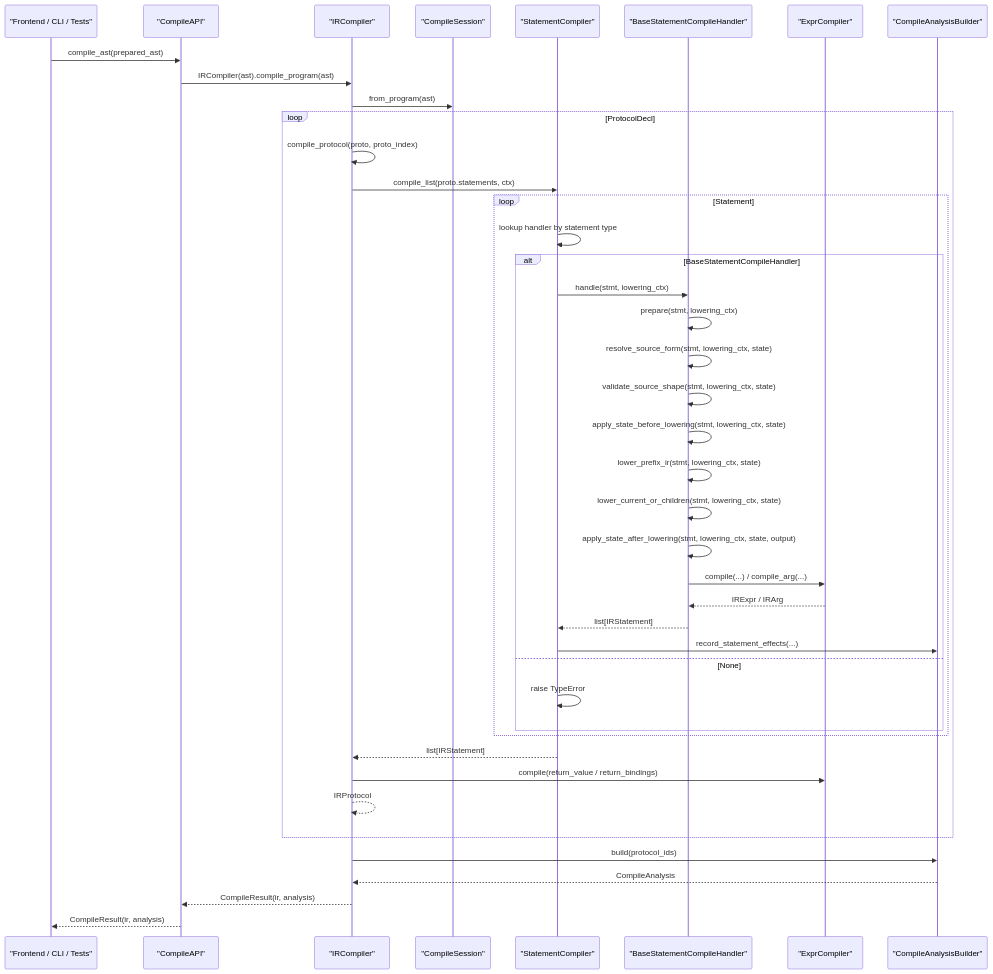
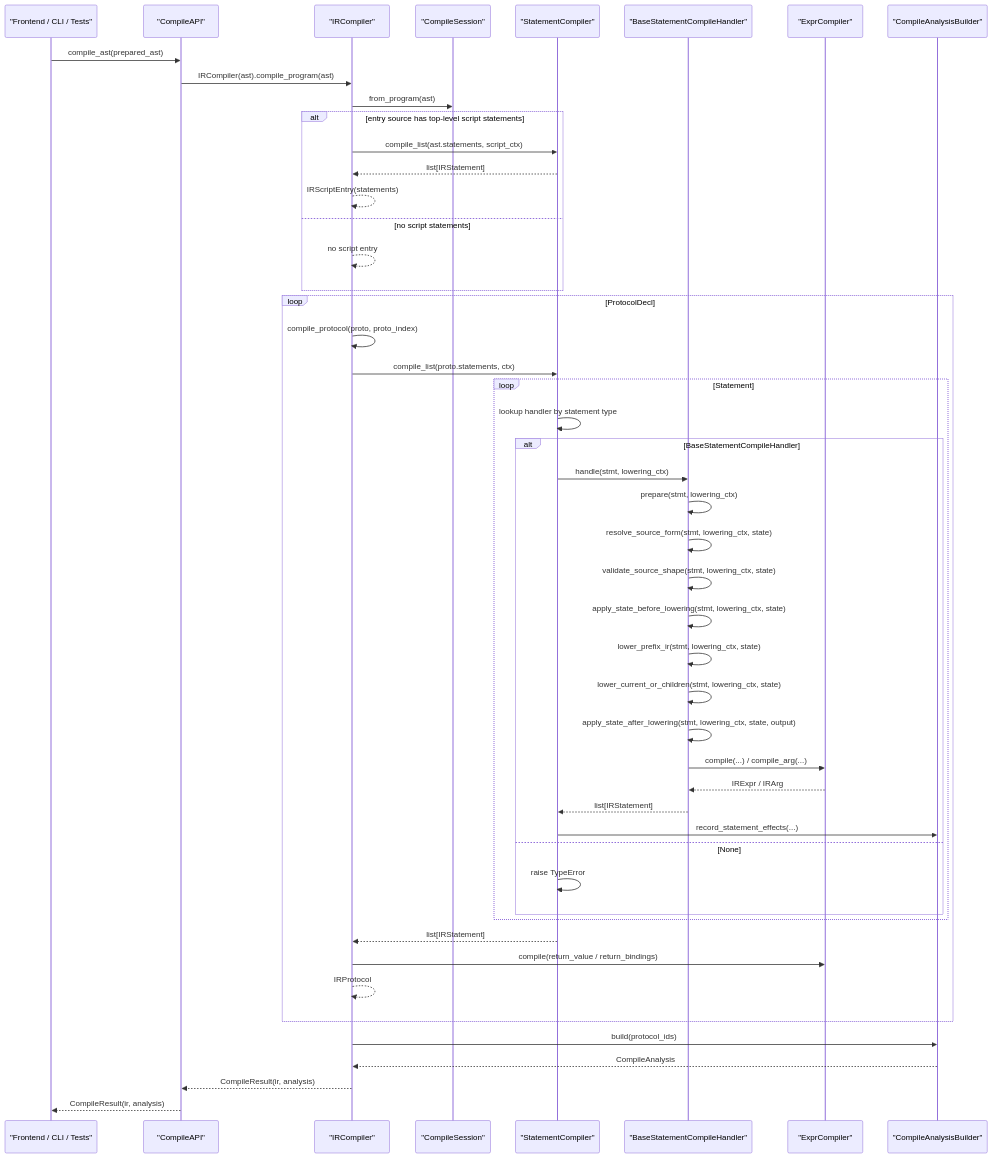
One commit to culsma/culsma changed the second of 6 diagrams in docs/architecture/pipeline/compile_module_diagrams.md. Above: the diagram before and after it, drawn with Mermaid. The commit also changed other lines of this file and 30 other files, not shown here.

Commit message:
feat: separate script entry execution

````diff
--- a/docs/architecture/pipeline/compile_module_diagrams.md
+++ b/docs/architecture/pipeline/compile_module_diagrams.md
@@ -74,49 +81,57 @@
 ```mermaid
 sequenceDiagram
     participant Caller as "Frontend / CLI / Tests"
     participant API as "CompileAPI"
     participant C as "IRCompiler"
     participant Session as "CompileSession"
     participant SC as "StatementCompiler"
     participant H as "BaseStatementCompileHandler"
     participant Expr as "ExprCompiler"
     participant Analysis as "CompileAnalysisBuilder"
 
     Caller->>API: compile_ast(prepared_ast)
     API->>C: IRCompiler(ast).compile_program(ast)
     C->>Session: from_program(ast)
+
+    alt entry source has top-level script statements
+        C->>SC: compile_list(ast.statements, script_ctx)
+        SC-->>C: list[IRStatement]
+        C-->>C: IRScriptEntry(statements)
+    else no script statements
+        C-->>C: no script entry
+    end
 
     loop ProtocolDecl
         C->>C: compile_protocol(proto, proto_index)
         C->>SC: compile_list(proto.statements, ctx)
 
         loop Statement
             SC->>SC: lookup handler by statement type
             alt BaseStatementCompileHandler
                 SC->>H: handle(stmt, lowering_ctx)
                 H->>H: prepare(stmt, lowering_ctx)
                 H->>H: resolve_source_form(stmt, lowering_ctx, state)
                 H->>H: validate_source_shape(stmt, lowering_ctx, state)
                 H->>H: apply_state_before_lowering(stmt, lowering_ctx, state)
                 H->>H: lower_prefix_ir(stmt, lowering_ctx, state)
                 H->>H: lower_current_or_children(stmt, lowering_ctx, state)
                 H->>H: apply_state_after_lowering(stmt, lowering_ctx, state, output)
                 H->>Expr: compile(...) / compile_arg(...)
                 Expr-->>H: IRExpr / IRArg
                 H-->>SC: list[IRStatement]
                 SC->>Analysis: record_statement_effects(...)
             else None
                 SC->>SC: raise TypeError
             end
         end
 
         SC-->>C: list[IRStatement]
         C->>Expr: compile(return_value / return_bindings)
         C-->>C: IRProtocol
     end
 
     C->>Analysis: build(protocol_ids)
     Analysis-->>C: CompileAnalysis
     C-->>API: CompileResult(ir, analysis)
     API-->>Caller: CompileResult(ir, analysis)
 ```
````
